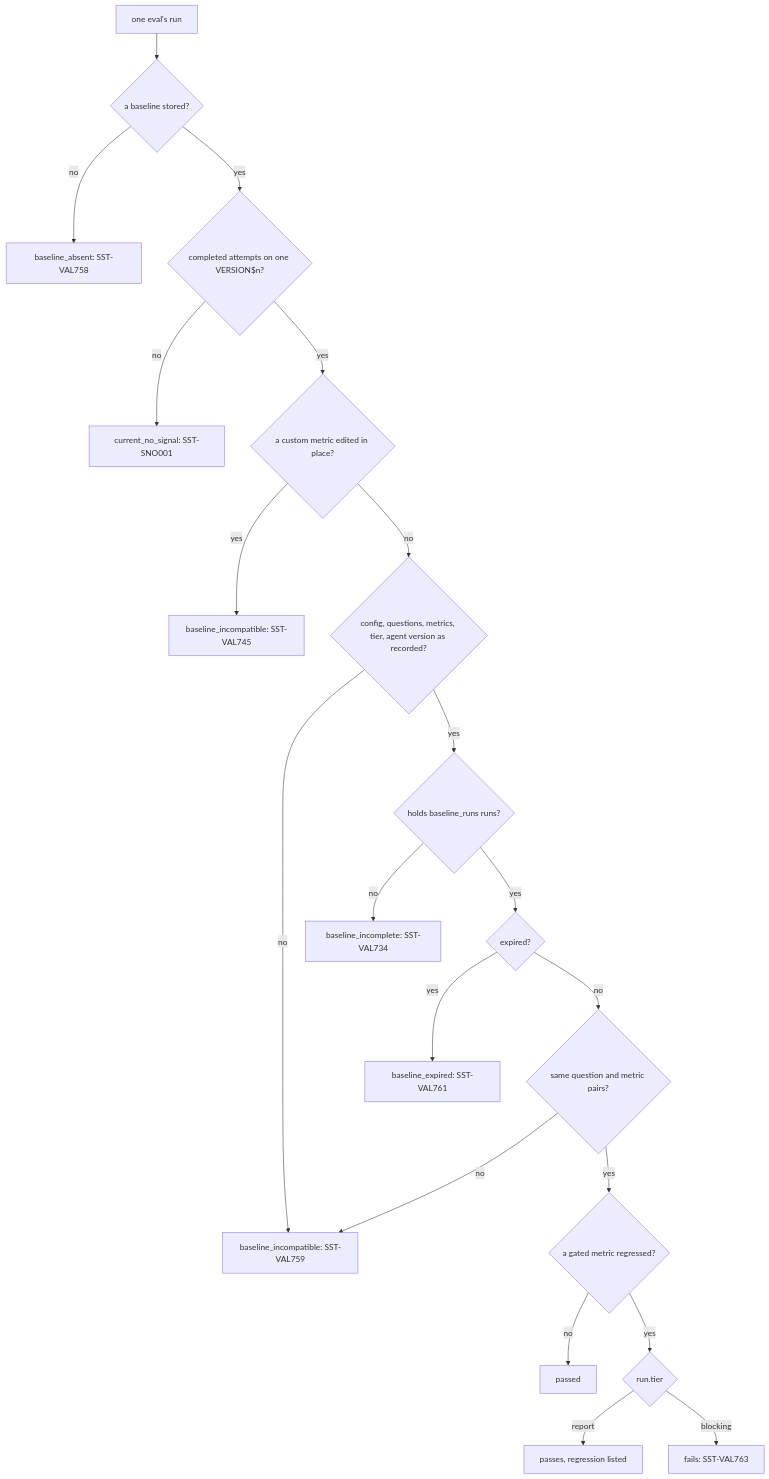
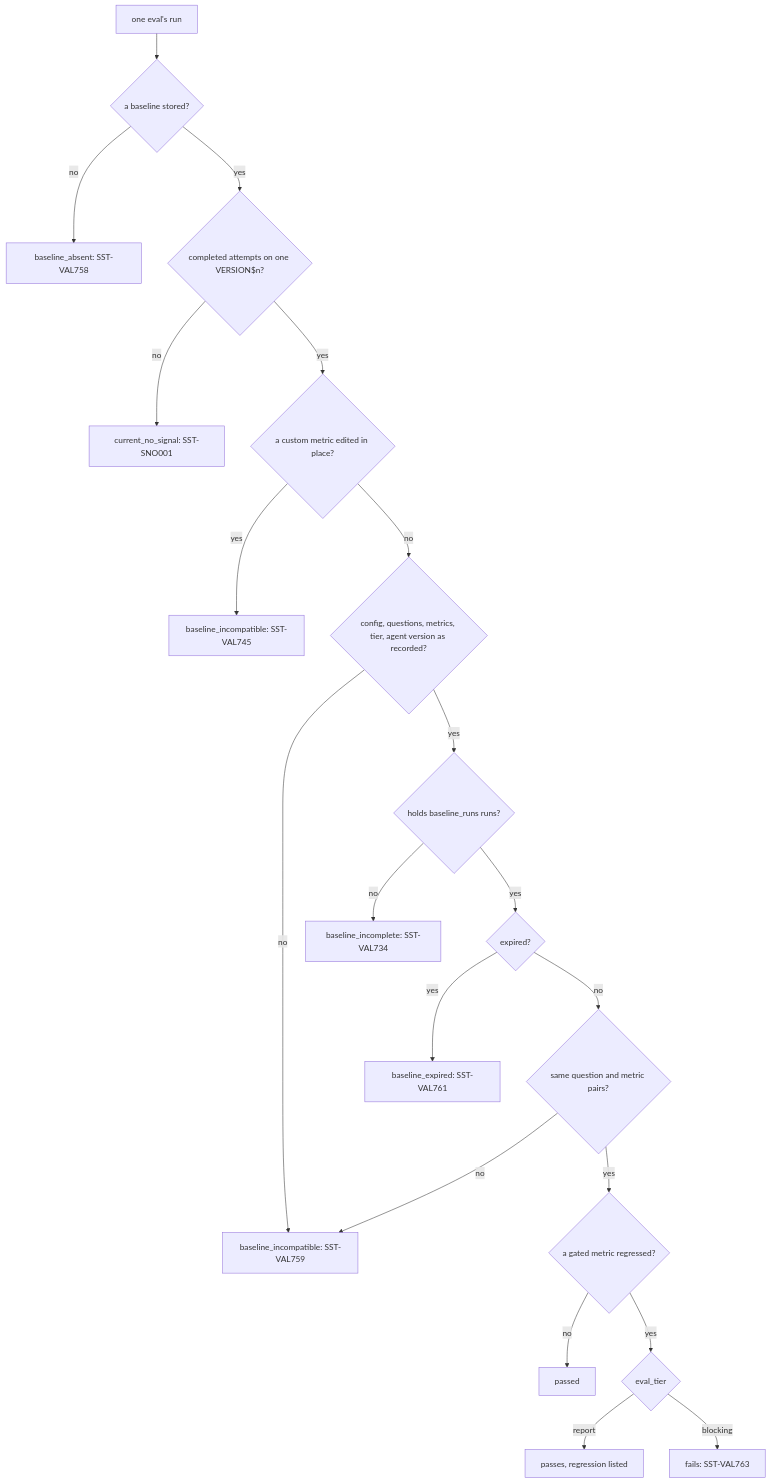
One commit to WhoopInc/snowflake-semantic-tools changed the diagram in docs/guides/evals.md. Above: the diagram before and after it, drawn with Mermaid. The commit also changed other lines of this file and 127 other files, not shown here.

````diff
--- a/docs/guides/evals.md
+++ b/docs/guides/evals.md
@@ -566,22 +578,22 @@
 ```mermaid
 flowchart TD
     run["one eval's run"] --> stored{"a baseline stored?"}
     stored -- no --> absent["baseline_absent: SST-VAL758"]
     stored -- yes --> version{"completed attempts on one VERSION$n?"}
     version -- no --> current["current_no_signal: SST-SNO001"]
     version -- yes --> edited{"a custom metric edited in place?"}
     edited -- yes --> judge["baseline_incompatible: SST-VAL745"]
     edited -- no --> same{"config, questions, metrics, tier, agent version as recorded?"}
     same -- no --> incompatible["baseline_incompatible: SST-VAL759"]
     same -- yes --> runs{"holds baseline_runs runs?"}
     runs -- no --> incomplete["baseline_incomplete: SST-VAL734"]
     runs -- yes --> expired{"expired?"}
     expired -- yes --> stale["baseline_expired: SST-VAL761"]
     expired -- no --> pairs{"same question and metric pairs?"}
     pairs -- no --> incompatible
     pairs -- yes --> regressed{"a gated metric regressed?"}
     regressed -- no --> passed["passed"]
-    regressed -- yes --> tier{"run.tier"}
+    regressed -- yes --> tier{"eval_tier"}
     tier -- report --> listed["passes, regression listed"]
     tier -- blocking --> fails["fails: SST-VAL763"]
 ```
````
